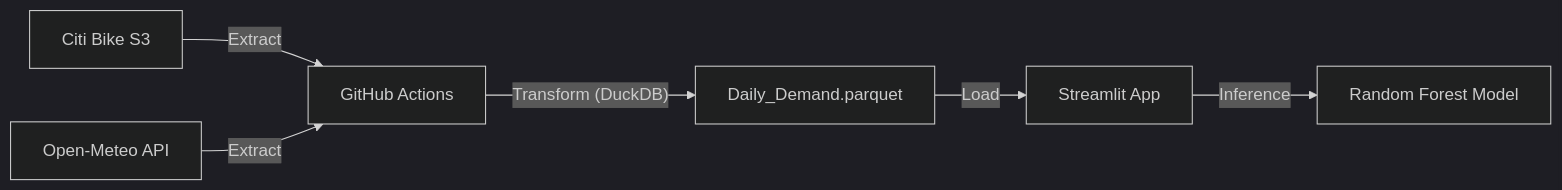
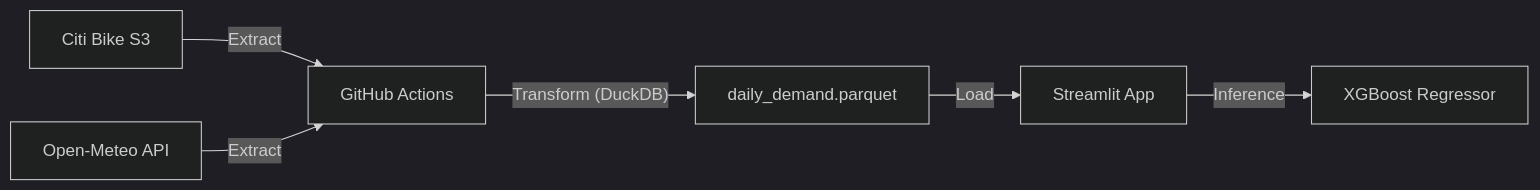
One commit to obocanegra-dev/UrbanPulse-NYC-Predictor changed the diagram in README.md. Above: the diagram before and after it, drawn with Mermaid (dark theme). The commit also changed other lines of this file, not shown here.

`````diff
--- a/README.md
+++ b/README.md
@@ -26,8 +62,15 @@
 ```mermaid
+
 graph LR
-    A[Citi Bike S3] -->|Extract| B[GitHub Actions]
-    C[Open-Meteo API] -->|Extract| B
-    B -->|"Transform (DuckDB)"| D["Daily_Demand.parquet"]
-    D -->|Load| E[Streamlit App]
-    E -->|Inference| F[Random Forest Model]
-````
+
+A[Citi Bike S3] -->|Extract| B[GitHub Actions]
+
+C[Open-Meteo API] -->|Extract| B
+
+B -->|"Transform (DuckDB)"| D[daily_demand.parquet]
+
+D -->|Load| E[Streamlit App]
+
+E -->|Inference| F[XGBoost Regressor]
+
+```
`````
